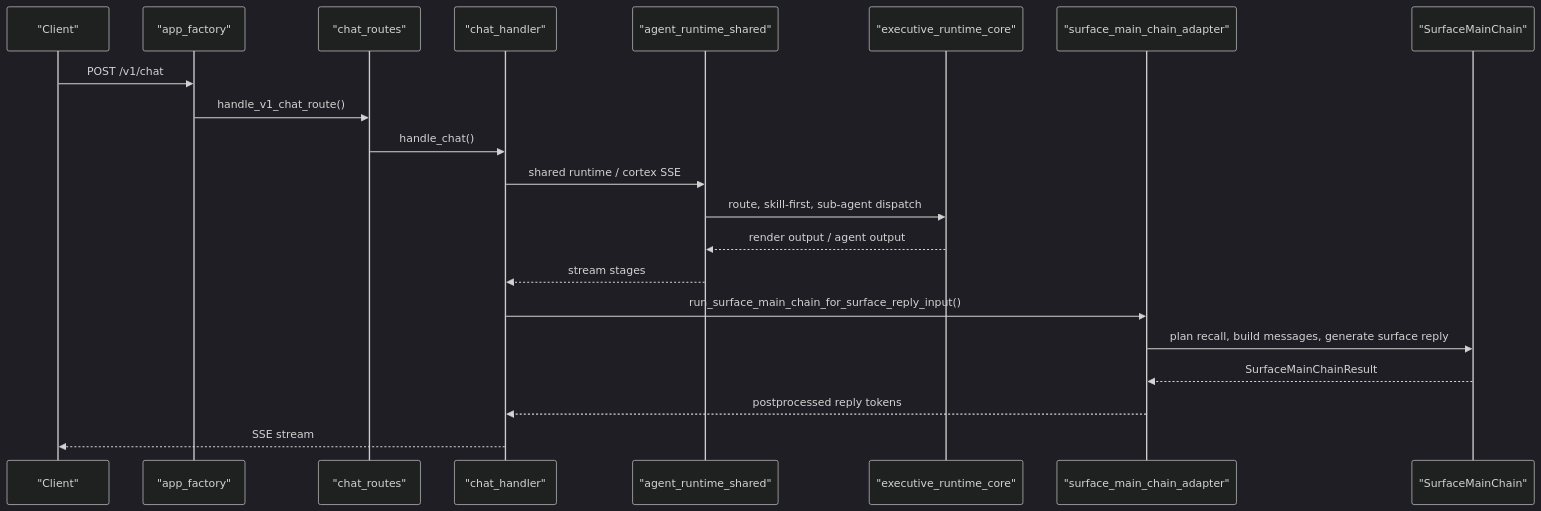
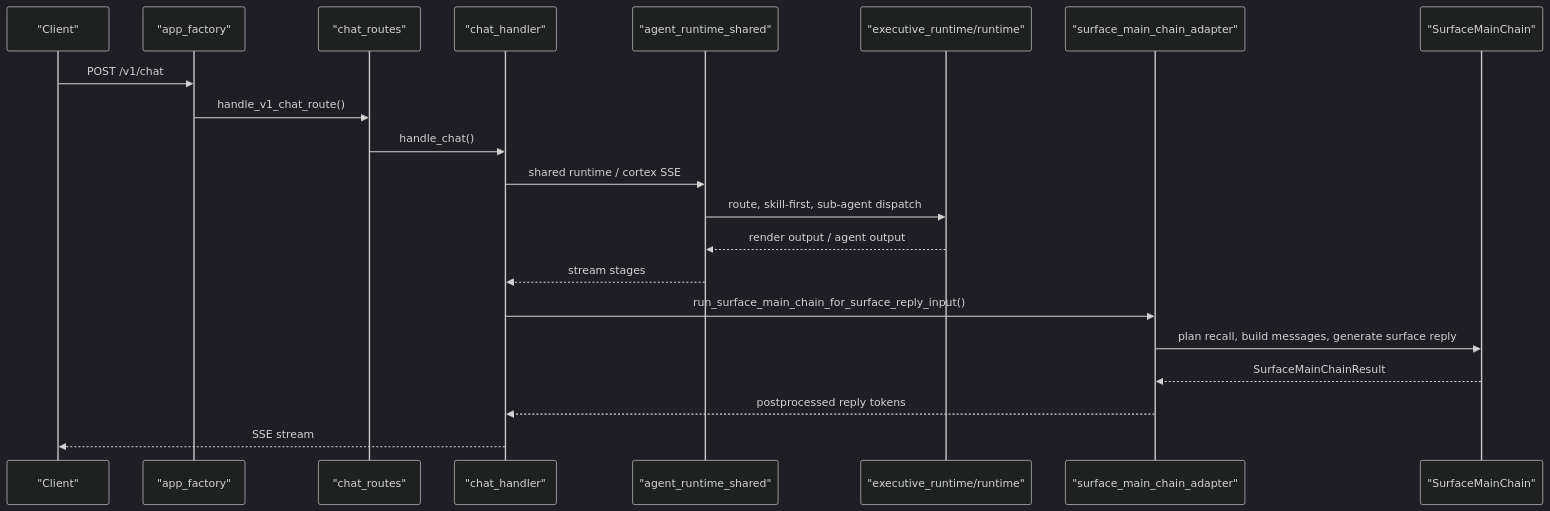
The diagram in docs/50_project/arch/CURRENT_CODE_ARCHITECTURE.md (SakuraYoruno/Natsume_Ai), drawn with Mermaid (dark theme) before and after one commit. The commit also changed other lines of this file and 483 other files, not shown here.

````diff
--- a/docs/50_project/arch/CURRENT_CODE_ARCHITECTURE.md
+++ b/docs/50_project/arch/CURRENT_CODE_ARCHITECTURE.md
@@ -94,24 +94,24 @@
 ```mermaid
 sequenceDiagram
     participant U as "Client"
     participant AF as "app_factory"
     participant CR as "chat_routes"
     participant CH as "chat_handler"
     participant AS as "agent_runtime_shared"
-    participant ER as "executive_runtime_core"
+    participant ER as "executive_runtime/runtime"
     participant SA as "surface_main_chain_adapter"
     participant SMC as "SurfaceMainChain"
 
     U->>AF: POST /v1/chat
     AF->>CR: handle_v1_chat_route()
     CR->>CH: handle_chat()
     CH->>AS: shared runtime / cortex SSE
     AS->>ER: route, skill-first, sub-agent dispatch
     ER-->>AS: render output / agent output
     AS-->>CH: stream stages
     CH->>SA: run_surface_main_chain_for_surface_reply_input()
     SA->>SMC: plan recall, build messages, generate surface reply
     SMC-->>SA: SurfaceMainChainResult
     SA-->>CH: postprocessed reply tokens
     CH-->>U: SSE stream
 ```
````
